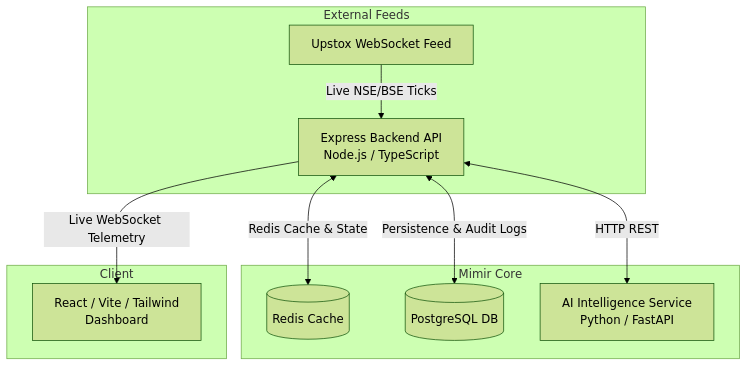
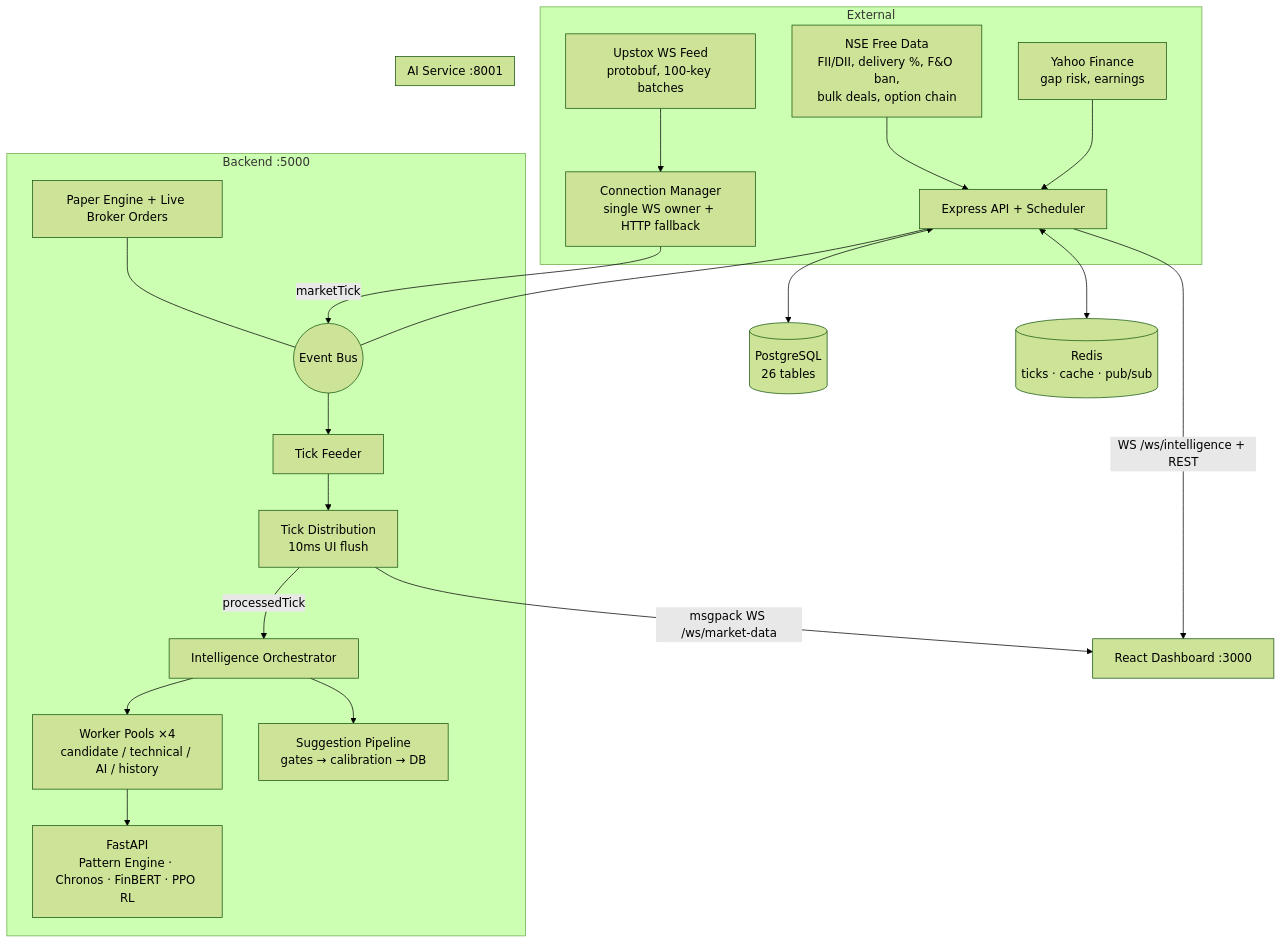
One commit to Scifi-ally/Mimir changed the diagram in README.md. Above: the diagram before and after it, drawn with Mermaid (forest theme). The commit also changed other lines of this file and 21 other files, not shown here.

Commit message:
docs: update architecture, strategy verdicts, and backtest results

````diff
--- a/README.md
+++ b/README.md
@@ -74,16 +83,29 @@
 ```mermaid
 graph TD
-    subgraph External Feeds
-        U[Upstox WebSocket Feed] -->|Live NSE/BSE Ticks| B
+    subgraph External
+        U[Upstox WS Feed<br/>protobuf, 100-key batches] --> CM
+        N[NSE Free Data<br/>FII/DII, delivery %, F&O ban,<br/>bulk deals, option chain] --> B
+        Y[Yahoo Finance<br/>gap risk, earnings] --> B
     end
 
-    subgraph Mimir Core
-        B[Express Backend API<br/>Node.js / TypeScript] <-->|Redis Cache & State| R[(Redis Cache)]
-        B <-->|Persistence & Audit Logs| P[(PostgreSQL DB)]
-        B <-->|HTTP REST| A[AI Intelligence Service<br/>Python / FastAPI]
+    subgraph Backend :5000
+        CM[Connection Manager<br/>single WS owner + HTTP fallback] -->|marketTick| BUS((Event Bus))
+        BUS --> TF[Tick Feeder]
+        TF --> TD[Tick Distribution<br/>10ms UI flush]
+        TD -->|processedTick| ORCH[Intelligence Orchestrator]
+        ORCH --> WP[Worker Pools ×4<br/>candidate / technical / AI / history]
+        WP --> AI
+        ORCH --> SG[Suggestion Pipeline<br/>gates → calibration → DB]
+        B[Express API + Scheduler] --- BUS
+        PE[Paper Engine + Live Broker Orders] --- BUS
     end
 
-    subgraph Client
-        B -->|Live WebSocket Telemetry| W[React / Vite / Tailwind<br/>Dashboard]
+    subgraph AI Service :8001
+        AI[FastAPI<br/>Pattern Engine · Chronos · FinBERT · PPO RL]
     end
+
+    B <--> P[(PostgreSQL<br/>26 tables)]
+    B <--> R[(Redis<br/>ticks · cache · pub/sub)]
+    TD -->|msgpack WS /ws/market-data| FE[React Dashboard :3000]
+    B -->|WS /ws/intelligence + REST| FE
 ```
````
